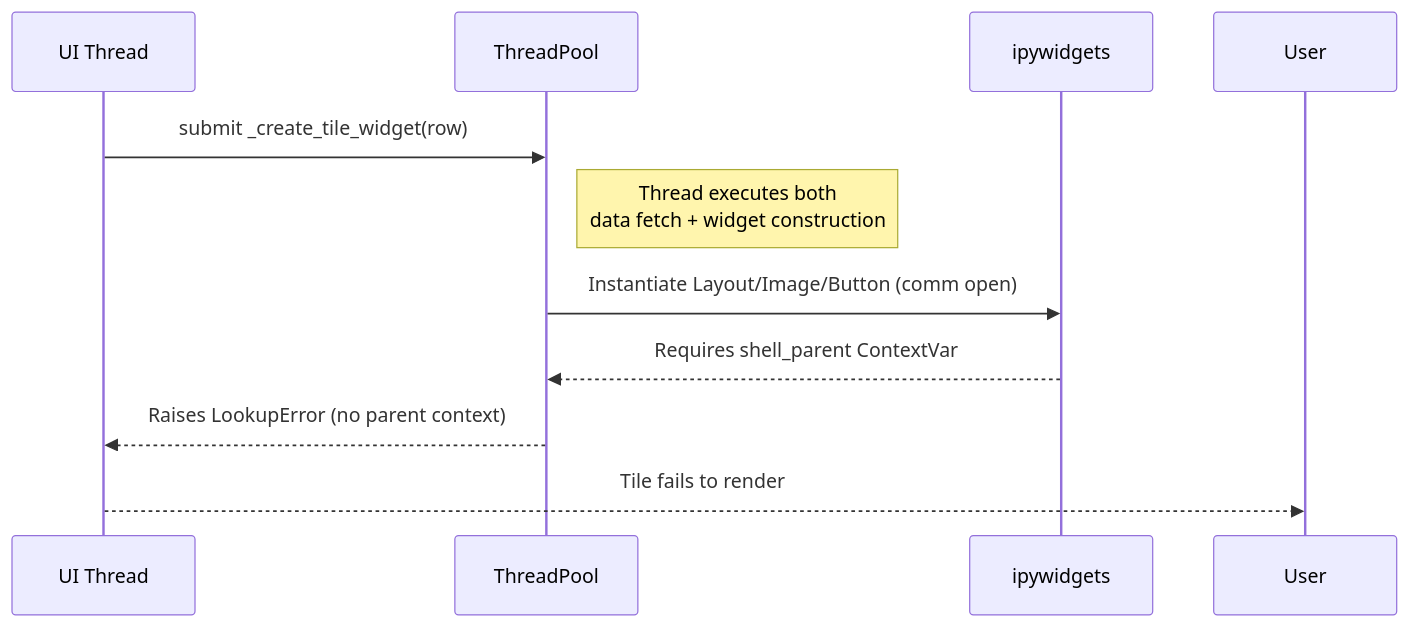
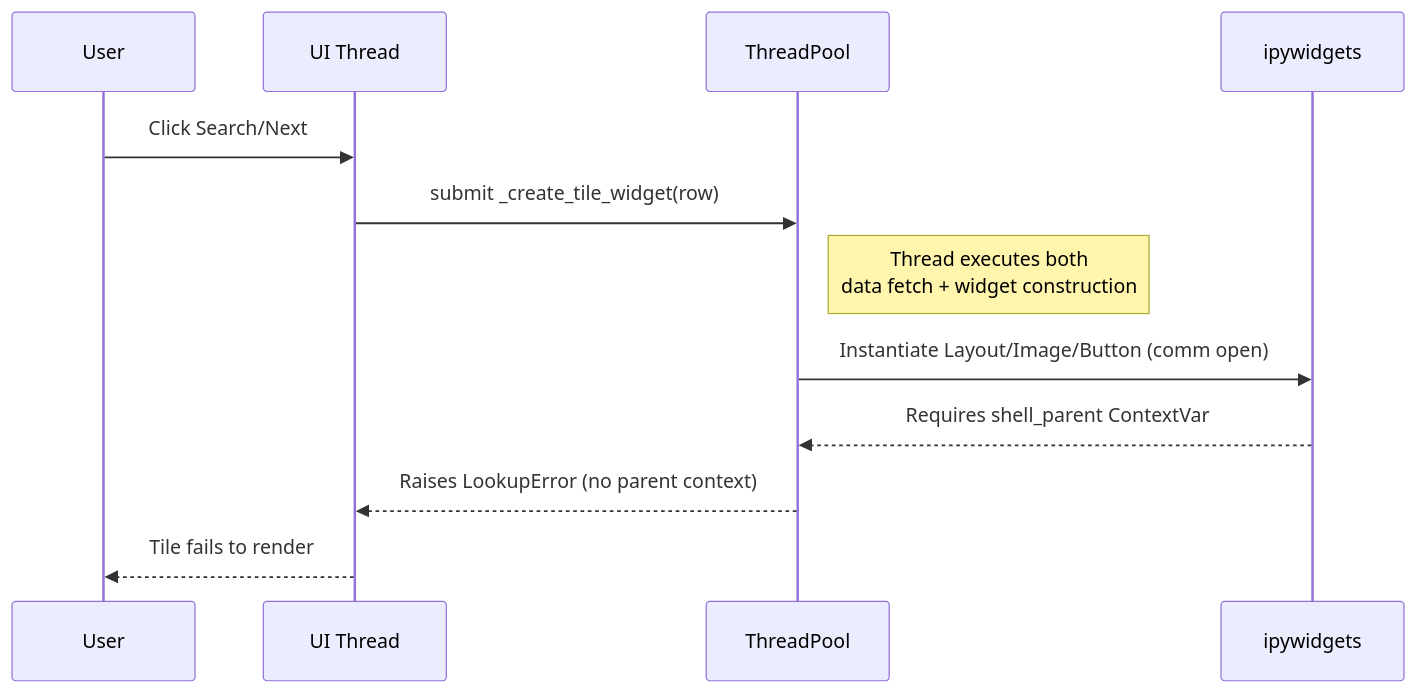
The first of 2 diagrams in jupyterthreading-error.md (Epoch-blue/geovibes), drawn with Mermaid before and after one commit. The commit also changed other lines of this file, not shown here.

Commit message:
mermaid diagram for fix

````diff
--- a/jupyterthreading-error.md
+++ b/jupyterthreading-error.md
@@ -4,13 +4,15 @@
 ```mermaid
 sequenceDiagram
+    participant User
     participant UI as UI Thread
     participant TP as ThreadPool
     participant IW as ipywidgets
 
+    User->>UI: Click Search/Next
     UI->>TP: submit _create_tile_widget(row)
     Note right of TP: Thread executes both<br/>data fetch + widget construction
     TP->>IW: Instantiate Layout/Image/Button (comm open)
     IW-->>TP: Requires shell_parent ContextVar
     TP-->>UI: Raises LookupError (no parent context)
     UI-->>User: Tile fails to render
 ```
````
